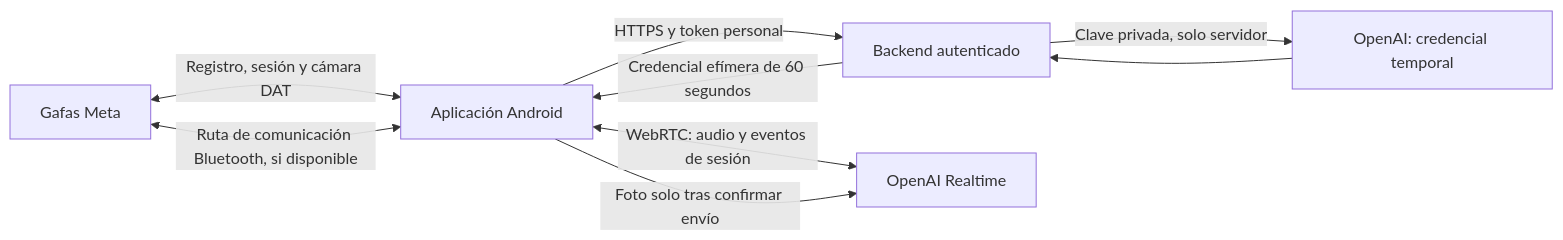
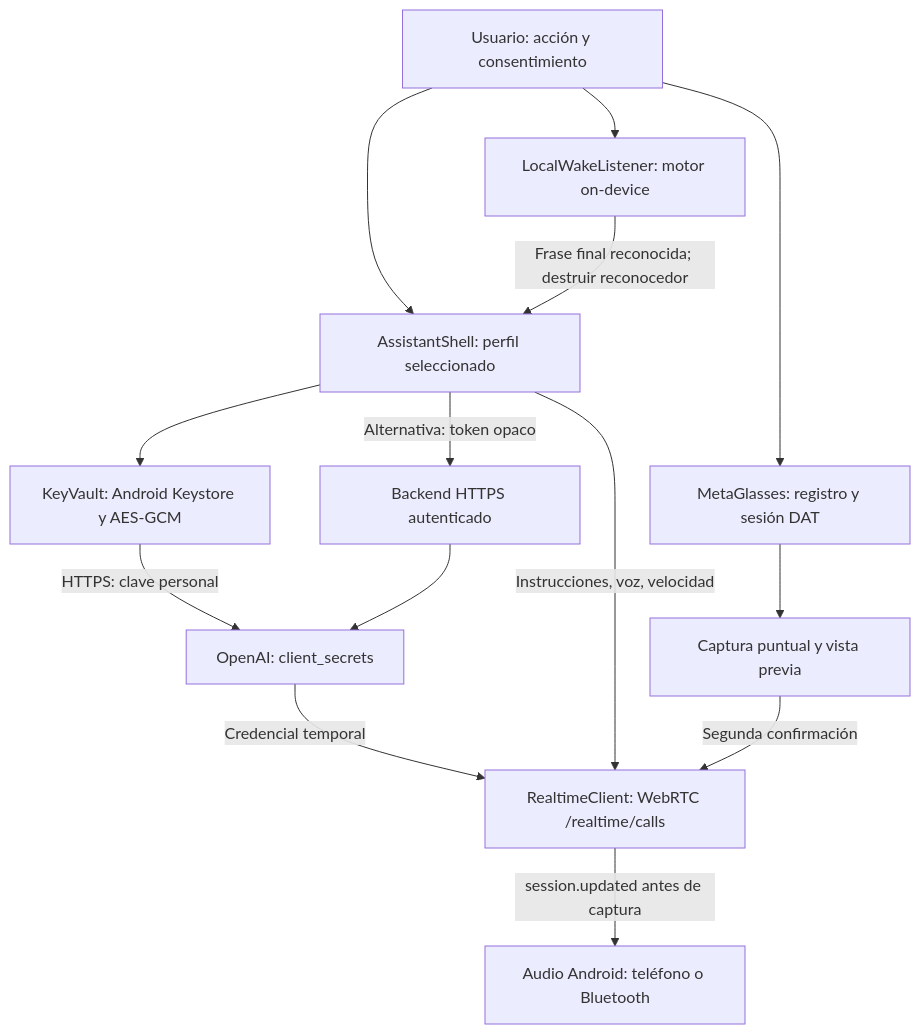
Before and after one commit to PbtServers/PbtMetaGPT: the diagram in docs/ARQUITECTURA.md, drawn with Mermaid. The commit also changed other lines of this file and 20 other files, not shown here.

````diff
--- a/docs/ARQUITECTURA.md
+++ b/docs/ARQUITECTURA.md
@@ -7,11 +5,16 @@
 ```mermaid
-flowchart LR
-    G[Gafas Meta] <-->|Registro, sesión y cámara DAT| A[Aplicación Android]
-    G <-->|Ruta de comunicación Bluetooth, si disponible| A
-    A -->|HTTPS y token personal| B[Backend autenticado]
-    B -->|Clave privada, solo servidor| O[OpenAI: credencial temporal]
-    O --> B
-    B -->|Credencial efímera de 60 segundos| A
-    A <-->|WebRTC: audio y eventos de sesión| R[OpenAI Realtime]
-    A -->|Foto solo tras confirmar envío| R
+flowchart TD
+    U[Usuario: acción y consentimiento] --> A[AssistantShell: perfil seleccionado]
+    A --> K[KeyVault: Android Keystore y AES-GCM]
+    K -->|HTTPS: clave personal| S[OpenAI: client_secrets]
+    A -->|Alternativa: token opaco| B[Backend HTTPS autenticado]
+    B --> S
+    S -->|Credencial temporal| R[RealtimeClient: WebRTC /realtime/calls]
+    A -->|Instrucciones, voz, velocidad| R
+    R -->|session.updated antes de captura| M[Audio Android: teléfono o Bluetooth]
+    U --> W[LocalWakeListener: motor on-device]
+    W -->|Frase final reconocida; destruir reconocedor| A
+    U --> D[MetaGlasses: registro y sesión DAT]
+    D --> C[Captura puntual y vista previa]
+    C -->|Segunda confirmación| R
 ```
````
